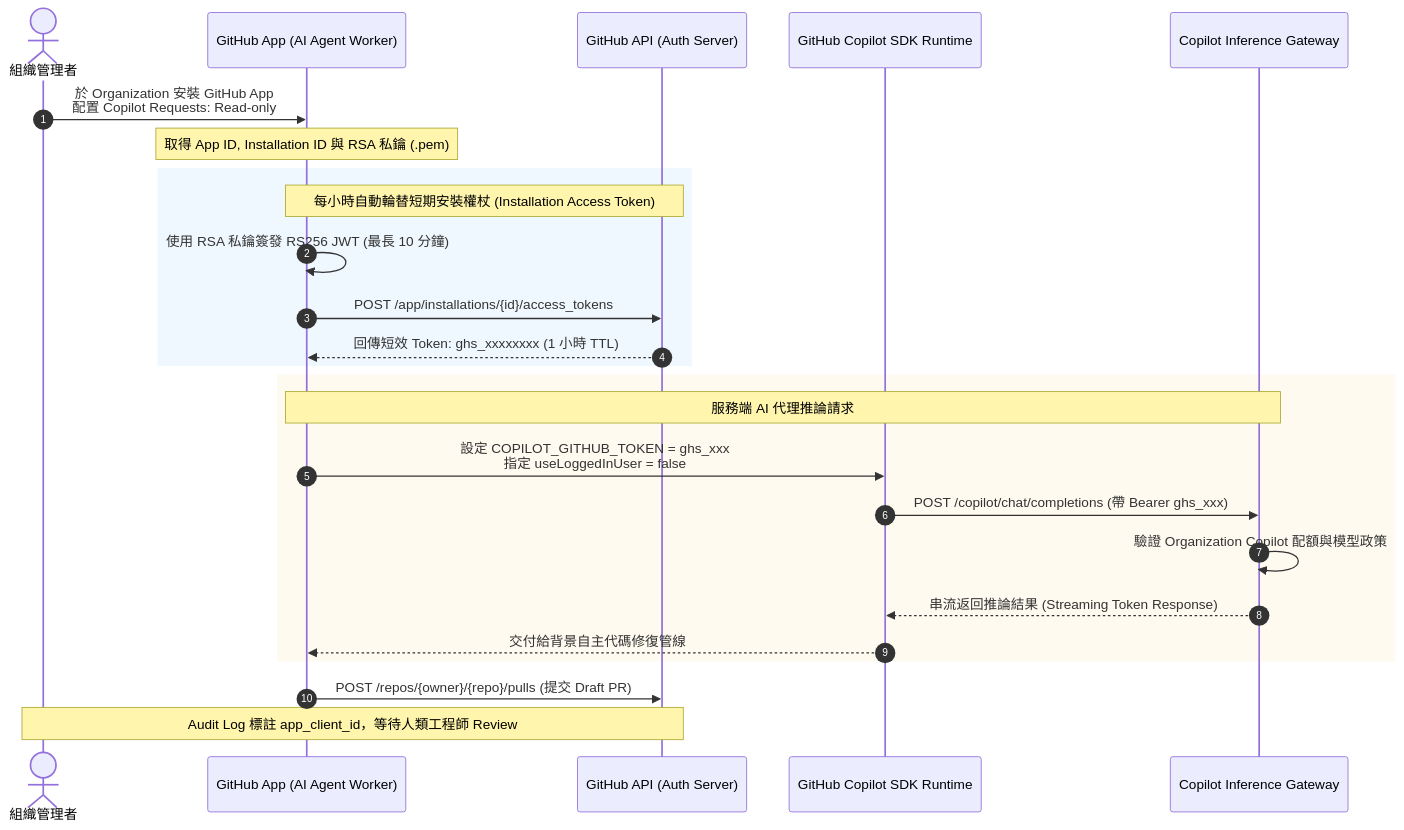
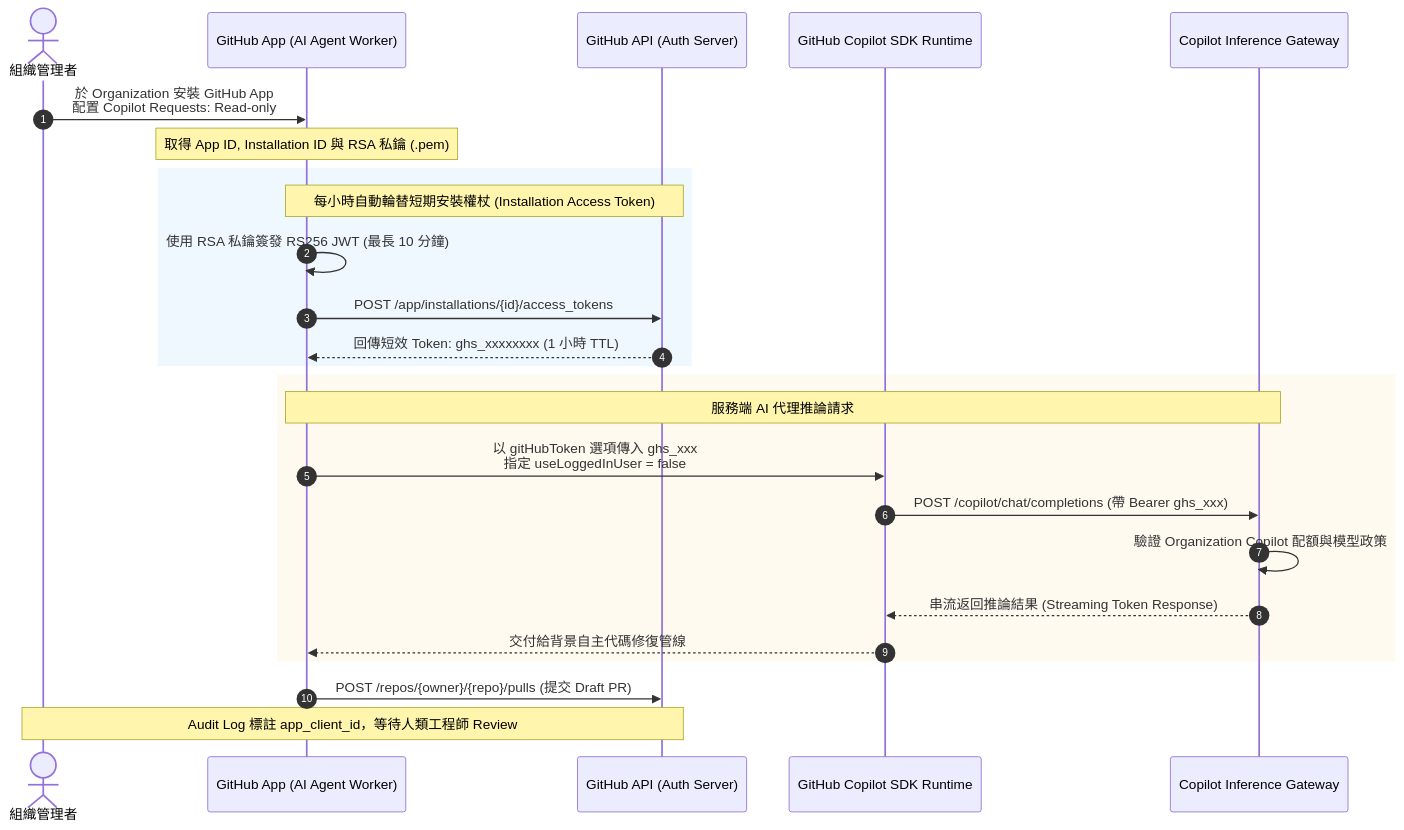
The diagram in notes/2026-10-31-github-apps-server-to-server-copilot-agent-workload-identity.md (SanHsien/ai-inbox), drawn with Mermaid before and after one commit. The commit also changed other lines of this file and 172 other files, not shown here.

````diff
--- a/notes/2026-10-31-github-apps-server-to-server-copilot-agent-workload-identity.md
+++ b/notes/2026-10-31-github-apps-server-to-server-copilot-agent-workload-identity.md
@@ -88,31 +115,31 @@
 ```mermaid
 sequenceDiagram
     autonumber
     actor Admin as 組織管理者
     participant App as GitHub App (AI Agent Worker)
     participant GHAuth as GitHub API (Auth Server)
     participant SDK as GitHub Copilot SDK Runtime
     participant Copilot as Copilot Inference Gateway
 
     Admin->>App: 於 Organization 安裝 GitHub App<br/>配置 Copilot Requests: Read-only
     Note over App: 取得 App ID, Installation ID 與 RSA 私鑰 (.pem)
 
     rect rgb(240, 248, 255)
     Note over App, GHAuth: 每小時自動輪替短期安裝權杖 (Installation Access Token)
     App->>App: 使用 RSA 私鑰簽發 RS256 JWT (最長 10 分鐘)
     App->>GHAuth: POST /app/installations/{id}/access_tokens
     GHAuth-->>App: 回傳短效 Token: ghs_xxxxxxxx (1 小時 TTL)
     end
 
     rect rgb(255, 250, 240)
     Note over App, Copilot: 服務端 AI 代理推論請求
-    App->>SDK: 設定 COPILOT_GITHUB_TOKEN = ghs_xxx<br/>指定 useLoggedInUser = false
+    App->>SDK: 以 gitHubToken 選項傳入 ghs_xxx<br/>指定 useLoggedInUser = false
     SDK->>Copilot: POST /copilot/chat/completions (帶 Bearer ghs_xxx)
     Copilot->>Copilot: 驗證 Organization Copilot 配額與模型政策
     Copilot-->>SDK: 串流返回推論結果 (Streaming Token Response)
     SDK-->>App: 交付給背景自主代碼修復管線
     end
 
     App->>GHAuth: POST /repos/{owner}/{repo}/pulls (提交 Draft PR)
     Note over Admin, GHAuth: Audit Log 標註 app_client_id，等待人類工程師 Review
 ```
````
